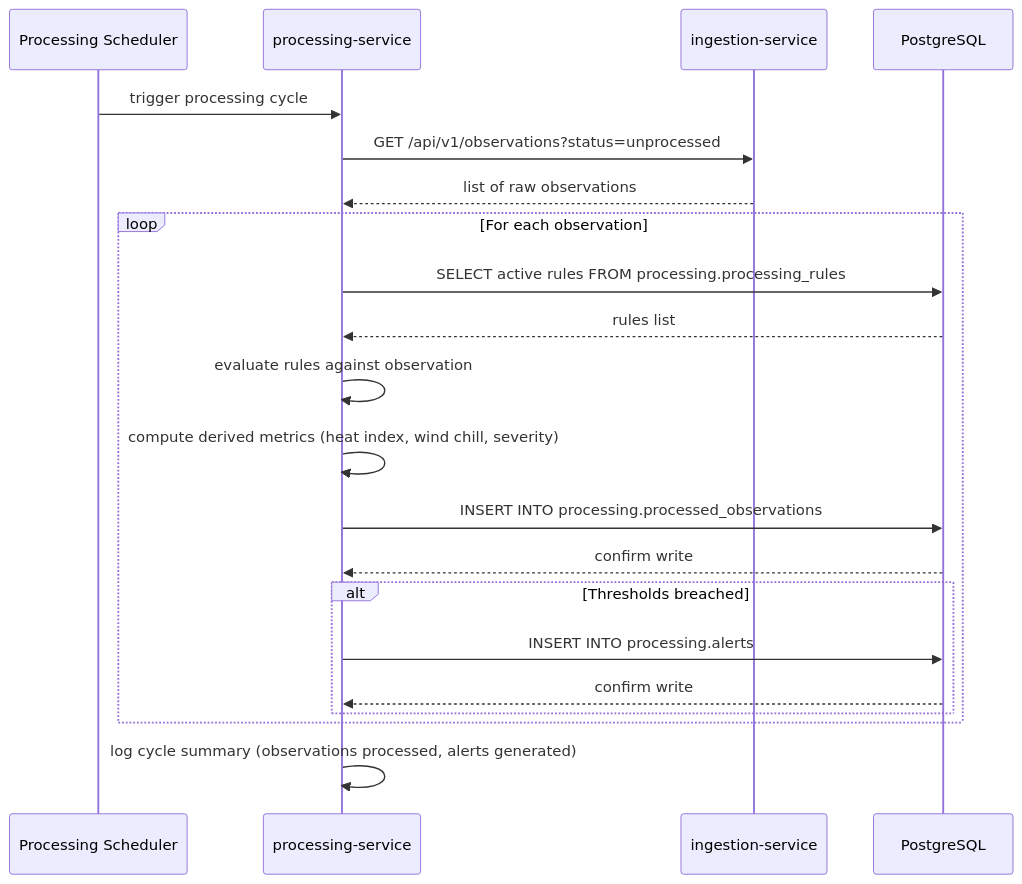
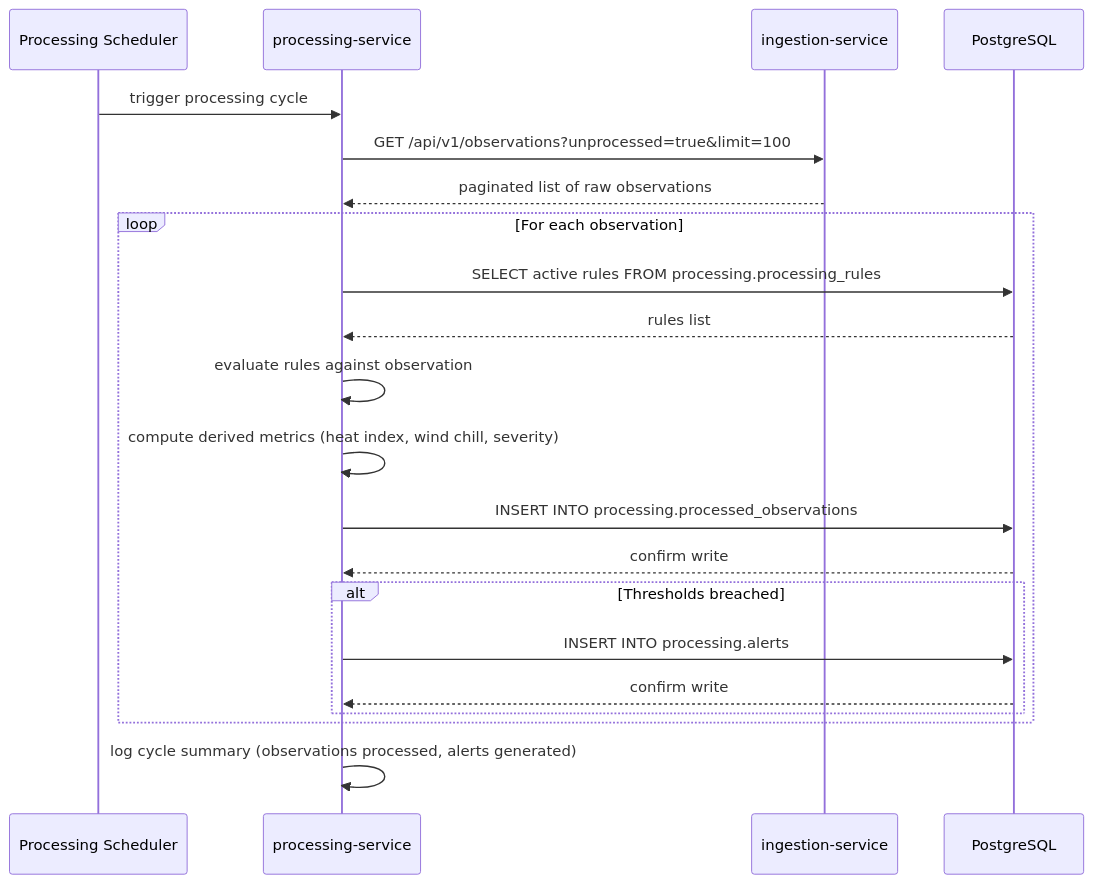
The third of 5 diagrams in docs/architecture/overview.md (juanp-ctrl/WeatherAPI), drawn with Mermaid before and after one commit. The commit also changed other lines of this file and 137 other files, not shown here.

````diff
--- a/docs/architecture/overview.md
+++ b/docs/architecture/overview.md
@@ -304,27 +306,27 @@
 ```mermaid
 sequenceDiagram
     participant Scheduler as Processing Scheduler
     participant Processing as processing-service
     participant Ingestion as ingestion-service
     participant DB as PostgreSQL
 
     Scheduler->>Processing: trigger processing cycle
-    Processing->>Ingestion: GET /api/v1/observations?status=unprocessed
-    Ingestion-->>Processing: list of raw observations
+    Processing->>Ingestion: GET /api/v1/observations?unprocessed=true&limit=100
+    Ingestion-->>Processing: paginated list of raw observations
 
     loop For each observation
         Processing->>DB: SELECT active rules FROM processing.processing_rules
         DB-->>Processing: rules list
         Processing->>Processing: evaluate rules against observation
         Processing->>Processing: compute derived metrics (heat index, wind chill, severity)
         Processing->>DB: INSERT INTO processing.processed_observations
         DB-->>Processing: confirm write
 
         alt Thresholds breached
             Processing->>DB: INSERT INTO processing.alerts
             DB-->>Processing: confirm write
         end
     end
 
     Processing->>Processing: log cycle summary (observations processed, alerts generated)
 ```
````
